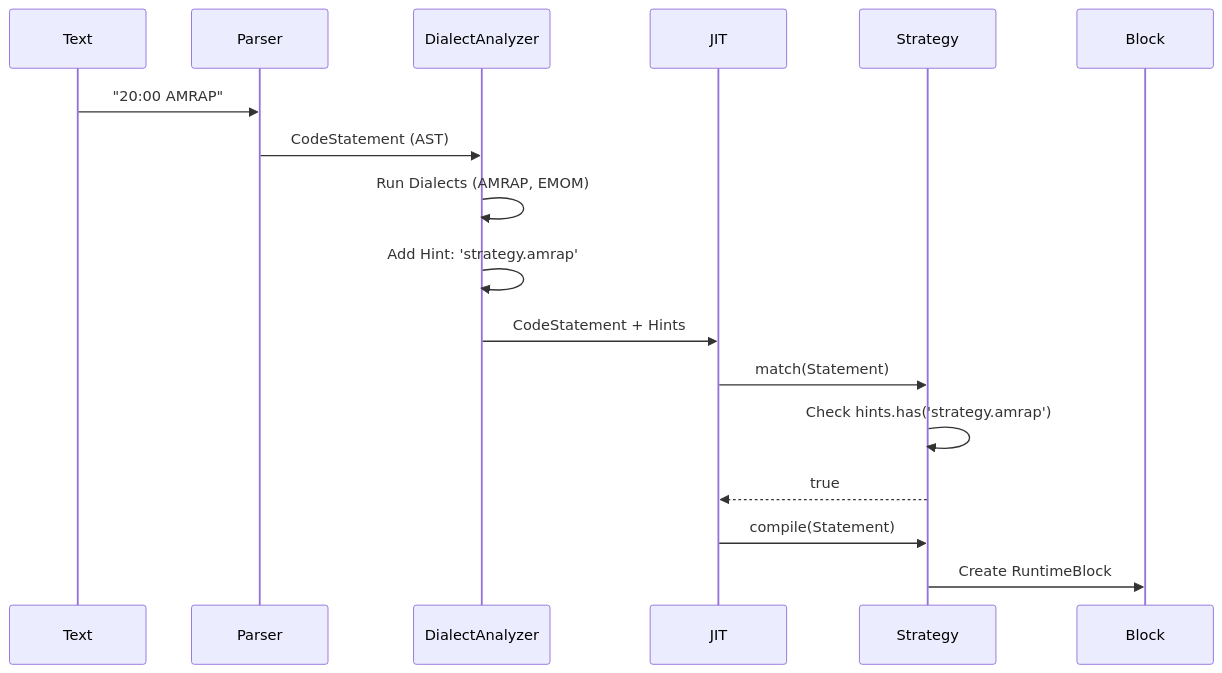
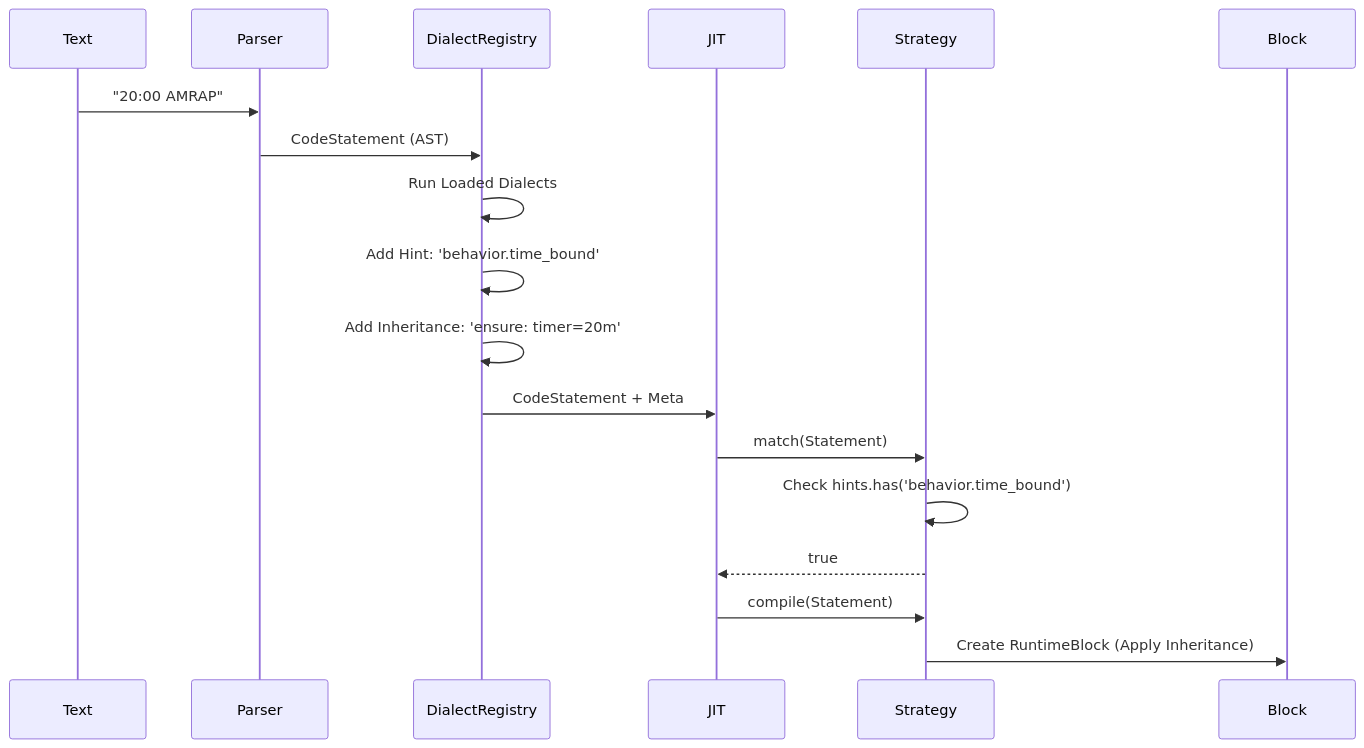
One commit to SergeiGolos/wod-wiki changed the second of 2 diagrams in docs/deep-dives/jit-and-parser-architecture.md. Above: the diagram before and after it, drawn with Mermaid. The commit also changed other lines of this file, not shown here.

First line of the commit message:
docs: finalize JIT/Parser deep dive with metrics and output analysis

````diff
--- a/docs/deep-dives/jit-and-parser-architecture.md
+++ b/docs/deep-dives/jit-and-parser-architecture.md
@@ -154,20 +165,21 @@
 ```mermaid
 sequenceDiagram
     participant Text
     participant Parser
-    participant DialectAnalyzer
+    participant DialectRegistry
     participant JIT
     participant Strategy
     participant Block
 
     Text->>Parser: "20:00 AMRAP"
-    Parser->>DialectAnalyzer: CodeStatement (AST)
-    DialectAnalyzer->>DialectAnalyzer: Run Dialects (AMRAP, EMOM)
-    DialectAnalyzer->>DialectAnalyzer: Add Hint: 'strategy.amrap'
-    DialectAnalyzer->>JIT: CodeStatement + Hints
+    Parser->>DialectRegistry: CodeStatement (AST)
+    DialectRegistry->>DialectRegistry: Run Loaded Dialects
+    DialectRegistry->>DialectRegistry: Add Hint: 'behavior.time_bound'
+    DialectRegistry->>DialectRegistry: Add Inheritance: 'ensure: timer=20m'
+    DialectRegistry->>JIT: CodeStatement + Meta
     JIT->>Strategy: match(Statement)
-    Strategy->>Strategy: Check hints.has('strategy.amrap')
+    Strategy->>Strategy: Check hints.has('behavior.time_bound')
     Strategy-->>JIT: true
     JIT->>Strategy: compile(Statement)
-    Strategy->>Block: Create RuntimeBlock
+    Strategy->>Block: Create RuntimeBlock (Apply Inheritance)
 ```
````
